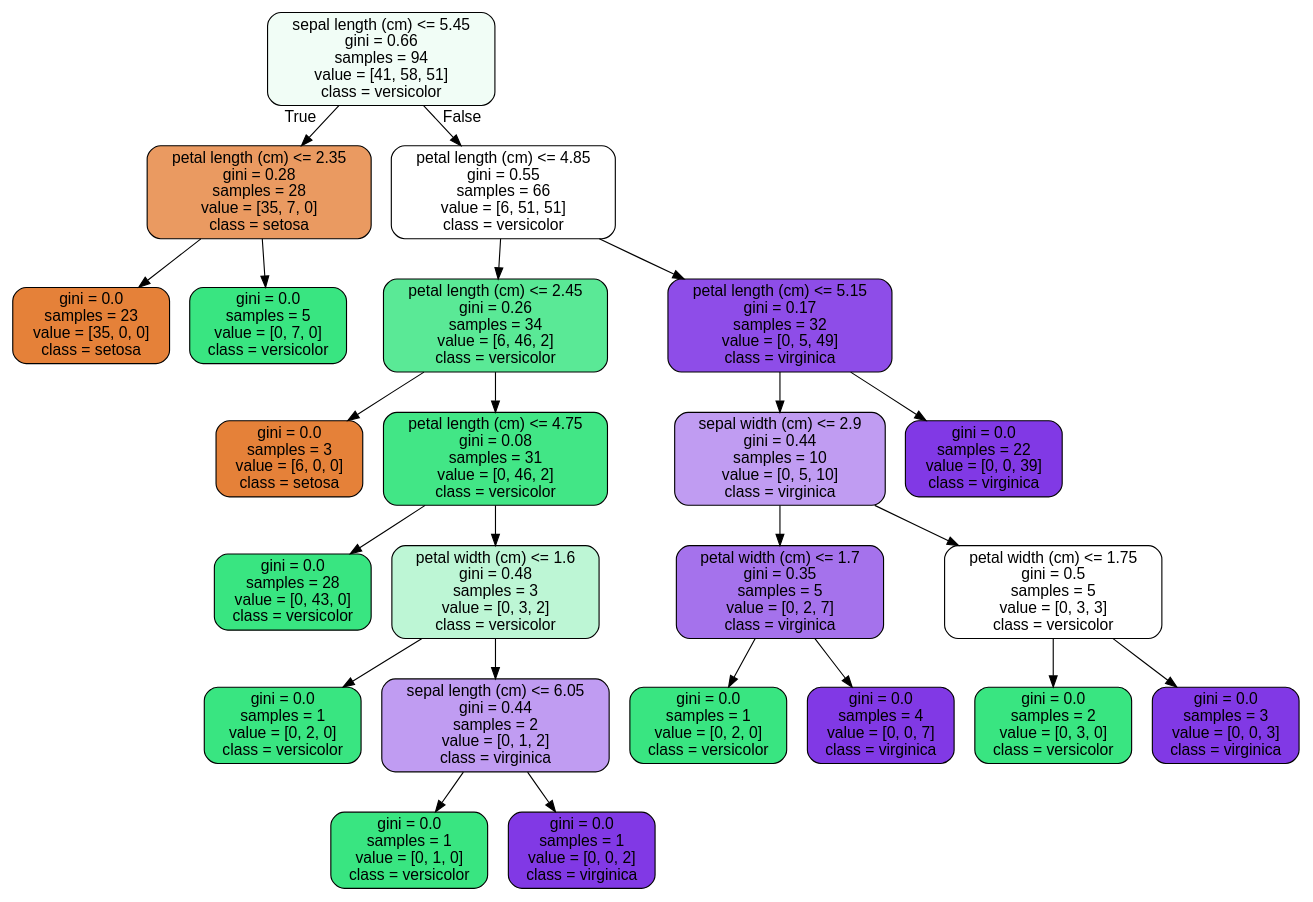
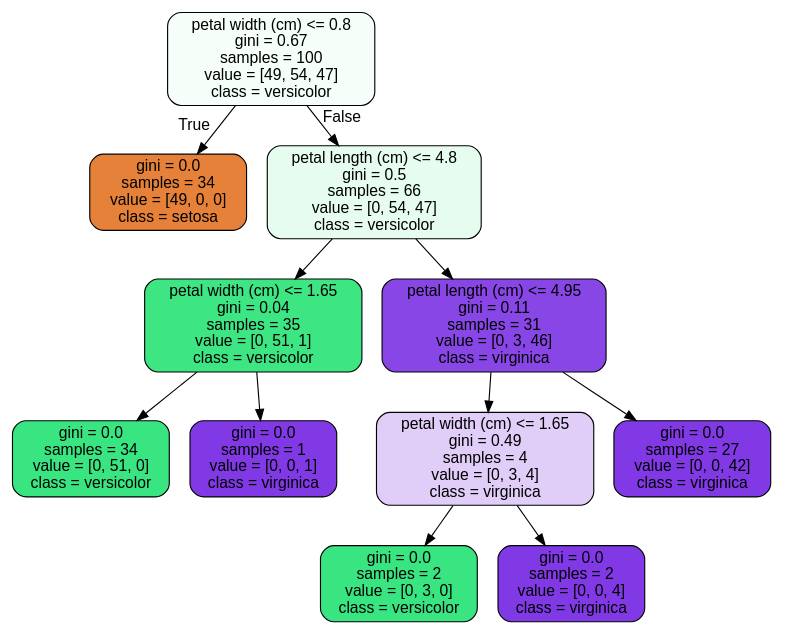
Before and after one commit to izinex/Springboard-Data-Science: the diagram in RandomForest_Covid_Case_Study/RandomForest Covid Case Study_06302020/tree.dot, drawn with Graphviz. The commit also changed 3 other files, not shown here.

```diff
--- a/RandomForest_Covid_Case_Study/RandomForest Covid Case Study_06302020/tree.dot
+++ b/RandomForest_Covid_Case_Study/RandomForest Covid Case Study_06302020/tree.dot
@@ -1,49 +1,25 @@
 digraph Tree {
 node [shape=box, style="filled, rounded", color="black", fontname=helvetica] ;
 edge [fontname=helvetica] ;
-0 [label="sepal length (cm) <= 5.45\ngini = 0.66\nsamples = 94\nvalue = [41, 58, 51]\nclass = versicolor", fillcolor="#f1fdf6"] ;
-1 [label="petal length (cm) <= 2.35\ngini = 0.28\nsamples = 28\nvalue = [35, 7, 0]\nclass = setosa", fillcolor="#ea9a61"] ;
+0 [label="petal width (cm) <= 0.8\ngini = 0.67\nsamples = 100\nvalue = [49, 54, 47]\nclass = versicolor", fillcolor="#f5fef9"] ;
+1 [label="gini = 0.0\nsamples = 34\nvalue = [49, 0, 0]\nclass = setosa", fillcolor="#e58139"] ;
 0 -> 1 [labeldistance=2.5, labelangle=45, headlabel="True"] ;
-2 [label="gini = 0.0\nsamples = 23\nvalue = [35, 0, 0]\nclass = setosa", fillcolor="#e58139"] ;
-1 -> 2 ;
-3 [label="gini = 0.0\nsamples = 5\nvalue = [0, 7, 0]\nclass = versicolor", fillcolor="#39e581"] ;
-1 -> 3 ;
-4 [label="petal length (cm) <= 4.85\ngini = 0.55\nsamples = 66\nvalue = [6, 51, 51]\nclass = versicolor", fillcolor="#ffffff"] ;
-0 -> 4 [labeldistance=2.5, labelangle=-45, headlabel="False"] ;
-5 [label="petal length (cm) <= 2.45\ngini = 0.26\nsamples = 34\nvalue = [6, 46, 2]\nclass = versicolor", fillcolor="#5ae996"] ;
-4 -> 5 ;
-6 [label="gini = 0.0\nsamples = 3\nvalue = [6, 0, 0]\nclass = setosa", fillcolor="#e58139"] ;
-5 -> 6 ;
-7 [label="petal length (cm) <= 4.75\ngini = 0.08\nsamples = 31\nvalue = [0, 46, 2]\nclass = versicolor", fillcolor="#42e686"] ;
-5 -> 7 ;
-8 [label="gini = 0.0\nsamples = 28\nvalue = [0, 43, 0]\nclass = versicolor", fillcolor="#39e581"] ;
+2 [label="petal length (cm) <= 4.8\ngini = 0.5\nsamples = 66\nvalue = [0, 54, 47]\nclass = versicolor", fillcolor="#e5fcef"] ;
+0 -> 2 [labeldistance=2.5, labelangle=-45, headlabel="False"] ;
+3 [label="petal width (cm) <= 1.65\ngini = 0.04\nsamples = 35\nvalue = [0, 51, 1]\nclass = versicolor", fillcolor="#3de683"] ;
+2 -> 3 ;
+4 [label="gini = 0.0\nsamples = 34\nvalue = [0, 51, 0]\nclass = versicolor", fillcolor="#39e581"] ;
+3 -> 4 ;
+5 [label="gini = 0.0\nsamples = 1\nvalue = [0, 0, 1]\nclass = virginica", fillcolor="#8139e5"] ;
+3 -> 5 ;
+6 [label="petal length (cm) <= 4.95\ngini = 0.11\nsamples = 31\nvalue = [0, 3, 46]\nclass = virginica", fillcolor="#8946e7"] ;
+2 -> 6 ;
+7 [label="petal width (cm) <= 1.65\ngini = 0.49\nsamples = 4\nvalue = [0, 3, 4]\nclass = virginica", fillcolor="#e0cef8"] ;
+6 -> 7 ;
+8 [label="gini = 0.0\nsamples = 2\nvalue = [0, 3, 0]\nclass = versicolor", fillcolor="#39e581"] ;
 7 -> 8 ;
-9 [label="petal width (cm) <= 1.6\ngini = 0.48\nsamples = 3\nvalue = [0, 3, 2]\nclass = versicolor", fillcolor="#bdf6d5"] ;
+9 [label="gini = 0.0\nsamples = 2\nvalue = [0, 0, 4]\nclass = virginica", fillcolor="#8139e5"] ;
 7 -> 9 ;
-10 [label="gini = 0.0\nsamples = 1\nvalue = [0, 2, 0]\nclass = versicolor", fillcolor="#39e581"] ;
-9 -> 10 ;
-11 [label="sepal length (cm) <= 6.05\ngini = 0.44\nsamples = 2\nvalue = [0, 1, 2]\nclass = virginica", fillcolor="#c09cf2"] ;
-9 -> 11 ;
-12 [label="gini = 0.0\nsamples = 1\nvalue = [0, 1, 0]\nclass = versicolor", fillcolor="#39e581"] ;
-11 -> 12 ;
-13 [label="gini = 0.0\nsamples = 1\nvalue = [0, 0, 2]\nclass = virginica", fillcolor="#8139e5"] ;
-11 -> 13 ;
-14 [label="petal length (cm) <= 5.15\ngini = 0.17\nsamples = 32\nvalue = [0, 5, 49]\nclass = virginica", fillcolor="#8e4de8"] ;
-4 -> 14 ;
-15 [label="sepal width (cm) <= 2.9\ngini = 0.44\nsamples = 10\nvalue = [0, 5, 10]\nclass = virginica", fillcolor="#c09cf2"] ;
-14 -> 15 ;
-16 [label="petal width (cm) <= 1.7\ngini = 0.35\nsamples = 5\nvalue = [0, 2, 7]\nclass = virginica", fillcolor="#a572ec"] ;
-15 -> 16 ;
-17 [label="gini = 0.0\nsamples = 1\nvalue = [0, 2, 0]\nclass = versicolor", fillcolor="#39e581"] ;
-16 -> 17 ;
-18 [label="gini = 0.0\nsamples = 4\nvalue = [0, 0, 7]\nclass = virginica", fillcolor="#8139e5"] ;
-16 -> 18 ;
-19 [label="petal width (cm) <= 1.75\ngini = 0.5\nsamples = 5\nvalue = [0, 3, 3]\nclass = versicolor", fillcolor="#ffffff"] ;
-15 -> 19 ;
-20 [label="gini = 0.0\nsamples = 2\nvalue = [0, 3, 0]\nclass = versicolor", fillcolor="#39e581"] ;
-19 -> 20 ;
-21 [label="gini = 0.0\nsamples = 3\nvalue = [0, 0, 3]\nclass = virginica", fillcolor="#8139e5"] ;
-19 -> 21 ;
-22 [label="gini = 0.0\nsamples = 22\nvalue = [0, 0, 39]\nclass = virginica", fillcolor="#8139e5"] ;
-14 -> 22 ;
+10 [label="gini = 0.0\nsamples = 27\nvalue = [0, 0, 42]\nclass = virginica", fillcolor="#8139e5"] ;
+6 -> 10 ;
 }
```
